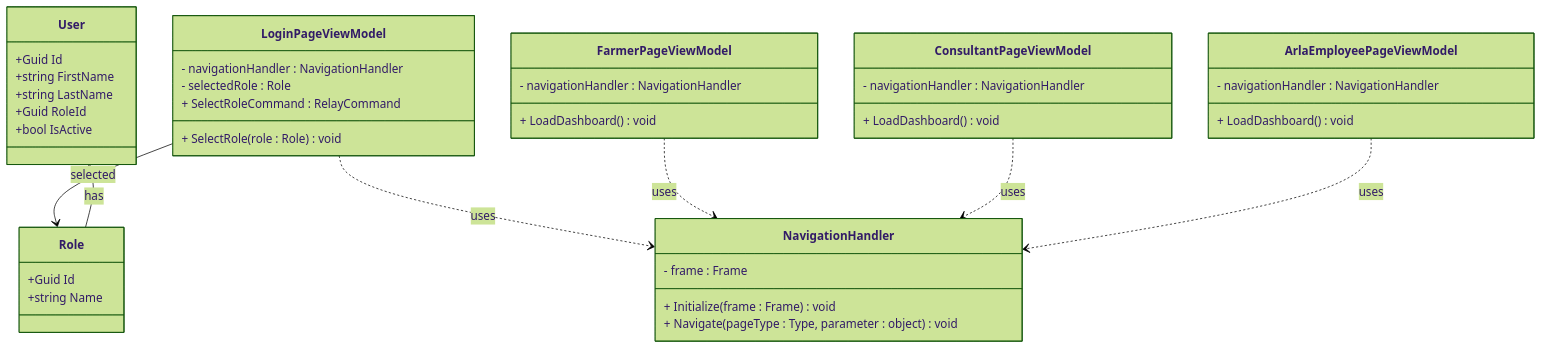
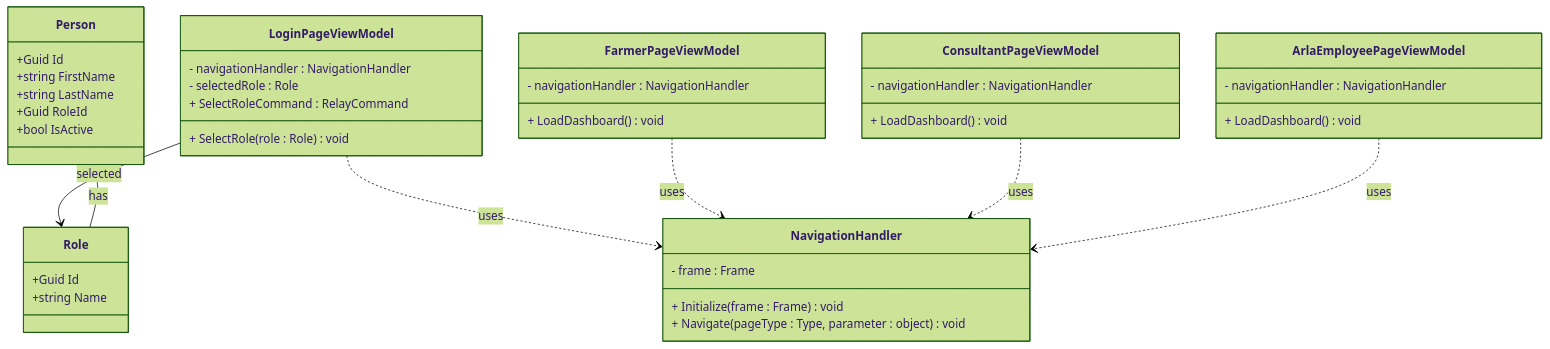
The diagram in docs/UseCase001-LoginAndRoleaccess/UC001-DCD.mmd (DMOoF25-TEAM11/ArlaNatureConnect), drawn with Mermaid (forest theme) before and after one commit. The commit also changed 3 other files, not shown here.

Commit message:
User = Person change

```diff
--- a/docs/UseCase001-LoginAndRoleaccess/UC001-DCD.mmd
+++ b/docs/UseCase001-LoginAndRoleaccess/UC001-DCD.mmd
@@ -1,60 +1,60 @@
 classDiagram
     direction TB
     %% === DCD – UC01: Login & Role Access ===
 
     %% === DOMAIN ENTITIES ===
-    class User {
+    class Person {
         +Guid Id
         +string FirstName
         +string LastName
         +Guid RoleId
         +bool IsActive
     }
 
     class Role {
         +Guid Id
         +string Name
     }
 
     %% === VIEWMODELS (Application Layer) ===
     class LoginPageViewModel {
         - navigationHandler : NavigationHandler
         - selectedRole : Role
         + SelectRoleCommand : RelayCommand
         + SelectRole(role : Role) void
     }
 
     class FarmerPageViewModel {
         - navigationHandler : NavigationHandler
         + LoadDashboard() void
     }
 
     class ConsultantPageViewModel {
         - navigationHandler : NavigationHandler
         + LoadDashboard() void
     }
 
     class ArlaEmployeePageViewModel {
         - navigationHandler : NavigationHandler
         + LoadDashboard() void
     }
 
     %% === SERVICES (Infrastructure Layer) ===
     class NavigationHandler {
         - frame : Frame
         + Initialize(frame : Frame) void
         + Navigate(pageType : Type, parameter : object) void
     }
 
     %% === RELATIONER ===
     %% ViewModels → Services
     LoginPageViewModel ..> NavigationHandler : uses
     FarmerPageViewModel ..> NavigationHandler : uses
     ConsultantPageViewModel ..> NavigationHandler : uses
     ArlaEmployeePageViewModel ..> NavigationHandler : uses
 
     %% ViewModels → Domain.Entities
     LoginPageViewModel --> Role : selected
 
     %% Domain relations
-    User o-- Role : has
+    Person o-- Role : has
```
